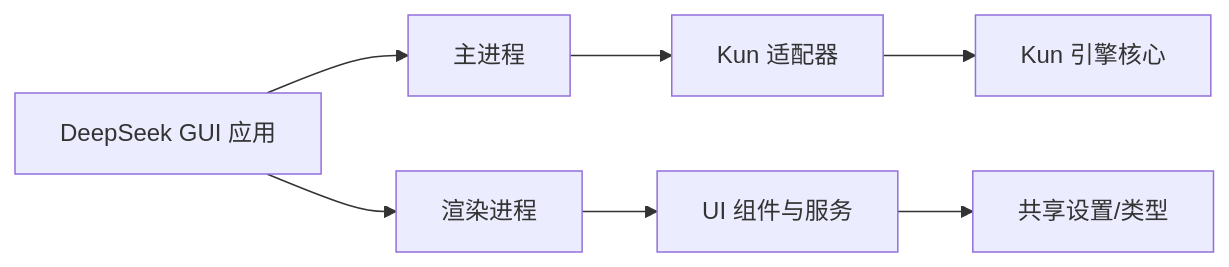
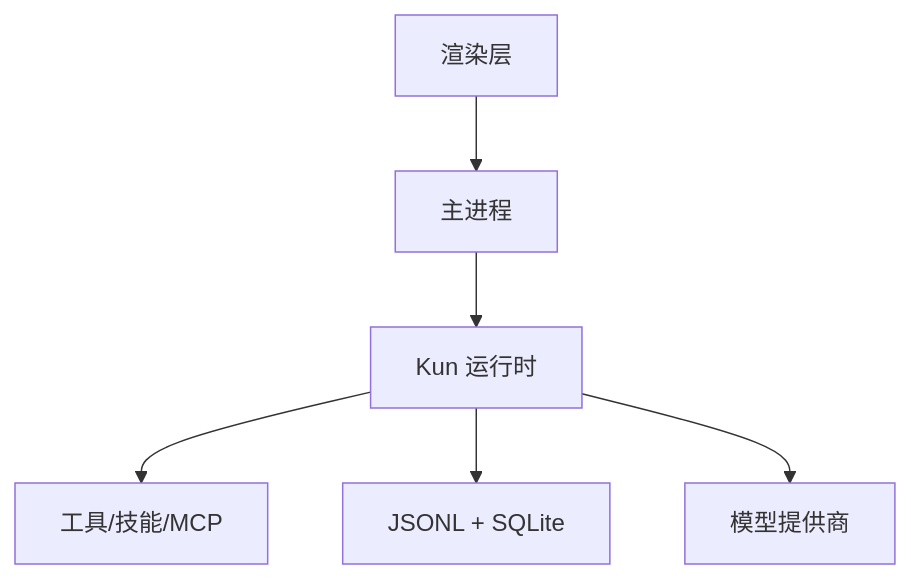
One commit to haolange/DeepSeek-GUI changed the sixth of 6 diagrams in .qoder/repowiki/zh/content/项目概述/项目概述.md. Above: the diagram before and after it, drawn with Mermaid. The commit also changed other lines of this file and 341 other files, not shown here.

````diff
--- a/.qoder/repowiki/zh/content/项目概述/项目概述.md
+++ b/.qoder/repowiki/zh/content/项目概述/项目概述.md
@@ -276,9 +232,8 @@
 ```mermaid
-graph LR
-App["DeepSeek GUI 应用"] --> Main["主进程"]
-App --> Renderer["渲染进程"]
-Main --> Runtime["Kun 适配器"]
-Runtime --> KunCore["Kun 引擎核心"]
-Renderer --> UI["UI 组件与服务"]
-UI --> Shared["共享设置/类型"]
+graph TB
+GUI["渲染层"] --> MP["主进程"]
+MP --> RUNTIME["Kun 运行时"]
+RUNTIME --> TOOLS["工具/技能/MCP"]
+RUNTIME --> STORE["JSONL + SQLite"]
+RUNTIME --> PROVIDER["模型提供商"]
 ```
````
